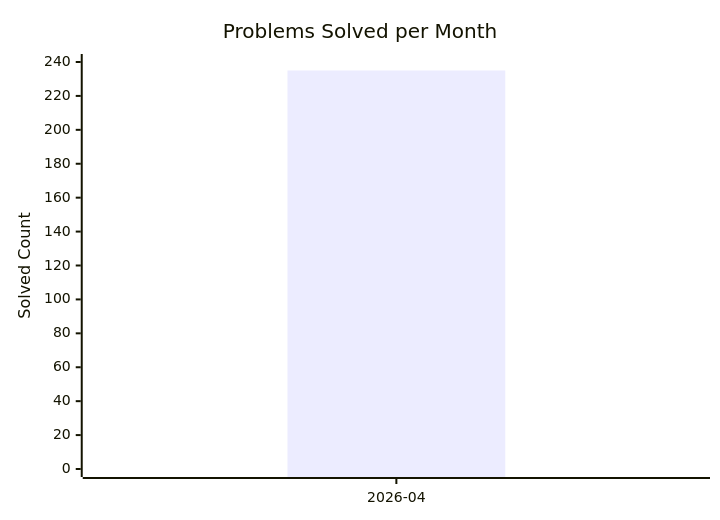
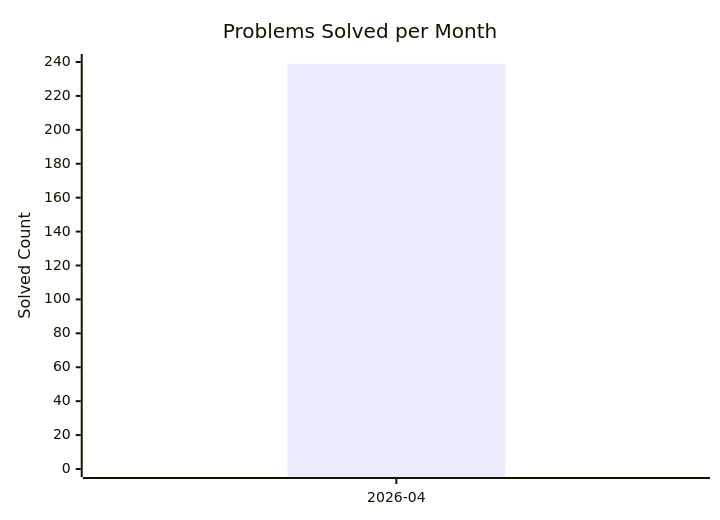
One commit to AdityaPandey-DEV/CP-Progress-Sync changed the diagram in dashboard.md. Above: the diagram before and after it, drawn with Mermaid. The commit also changed other lines of this file, not shown here.

````diff
--- a/dashboard.md
+++ b/dashboard.md
@@ -8,8 +8,8 @@
 ```mermaid
 xychart-beta
     title "Problems Solved per Month"
     x-axis ["2026-04"]
     y-axis "Solved Count" 0 --> 240
-    bar [235]
-    line [235]
+    bar [239]
+    line [239]
 ```
````
